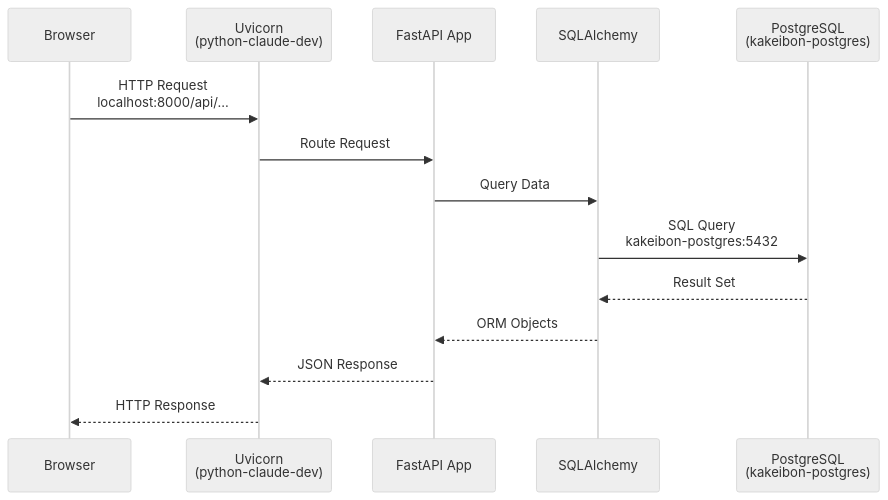
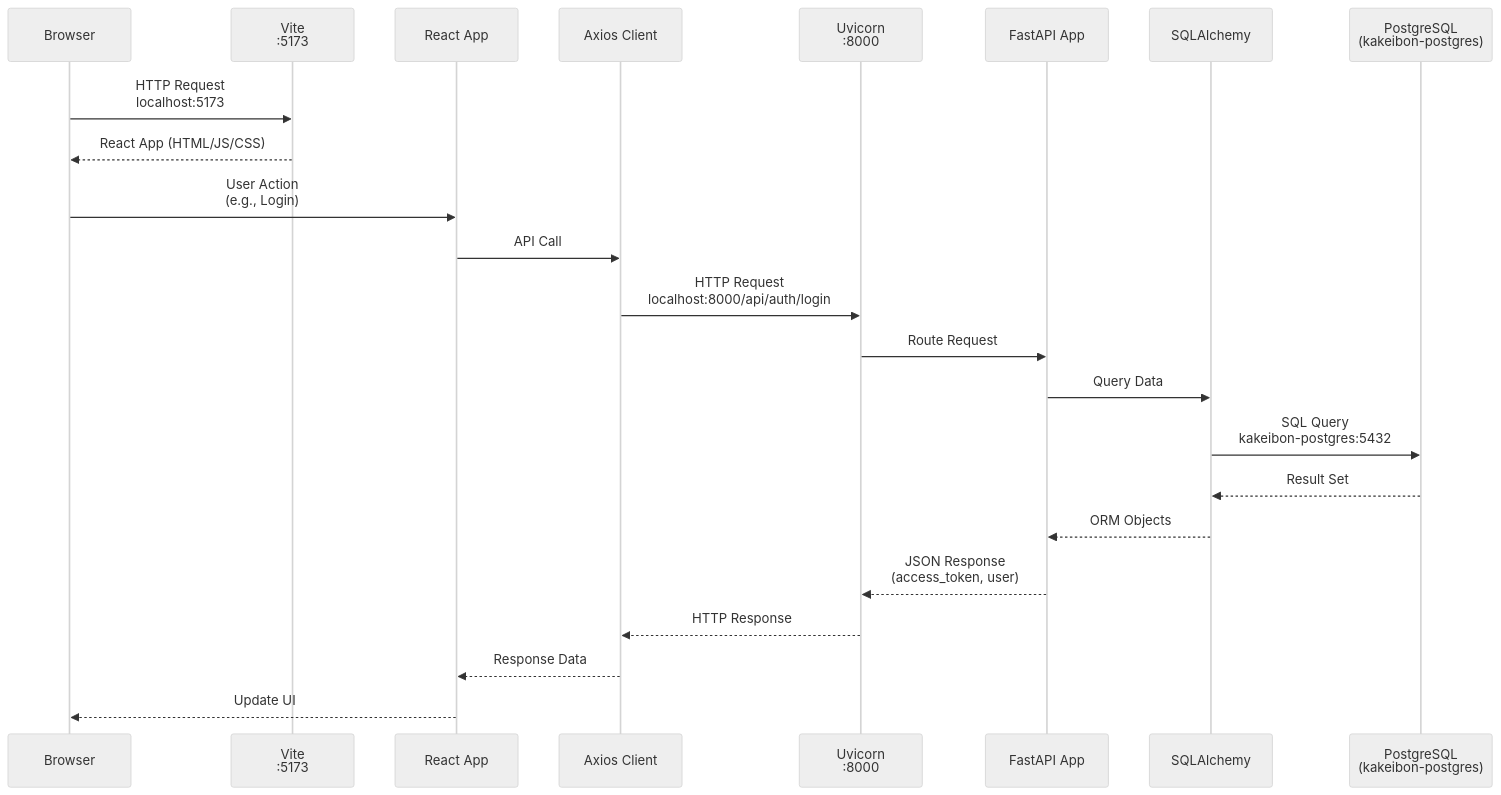
Before and after one commit to satsuma-ken/kakeibon: the fourth of 9 diagrams in ARCHITECTURE.md, drawn with Mermaid (neutral theme). The commit also changed other lines of this file and 1 other file, not shown here.

````diff
--- a/ARCHITECTURE.md
+++ b/ARCHITECTURE.md
@@ -77,17 +125,26 @@
 ```mermaid
 sequenceDiagram
     participant Browser
-    participant Uvicorn as Uvicorn<br/>(python-claude-dev)
+    participant Vite as Vite<br/>:5173
+    participant React as React App
+    participant Axios as Axios Client
+    participant Uvicorn as Uvicorn<br/>:8000
     participant FastAPI as FastAPI App
     participant SQLAlchemy as SQLAlchemy
     participant PostgreSQL as PostgreSQL<br/>(kakeibon-postgres)
 
-    Browser->>Uvicorn: HTTP Request<br/>localhost:8000/api/...
+    Browser->>Vite: HTTP Request<br/>localhost:5173
+    Vite-->>Browser: React App (HTML/JS/CSS)
+    Browser->>React: User Action<br/>(e.g., Login)
+    React->>Axios: API Call
+    Axios->>Uvicorn: HTTP Request<br/>localhost:8000/api/auth/login
     Uvicorn->>FastAPI: Route Request
     FastAPI->>SQLAlchemy: Query Data
     SQLAlchemy->>PostgreSQL: SQL Query<br/>kakeibon-postgres:5432
     PostgreSQL-->>SQLAlchemy: Result Set
     SQLAlchemy-->>FastAPI: ORM Objects
-    FastAPI-->>Uvicorn: JSON Response
-    Uvicorn-->>Browser: HTTP Response
+    FastAPI-->>Uvicorn: JSON Response<br/>(access_token, user)
+    Uvicorn-->>Axios: HTTP Response
+    Axios-->>React: Response Data
+    React-->>Browser: Update UI
 ```
````
